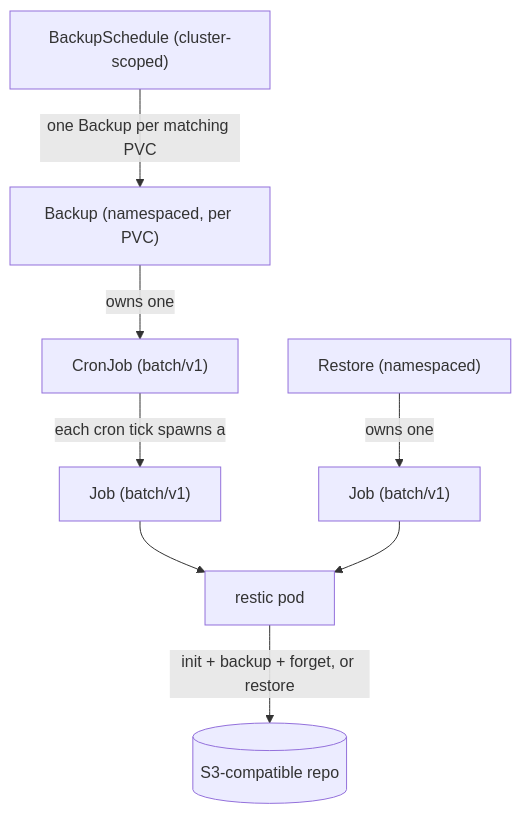
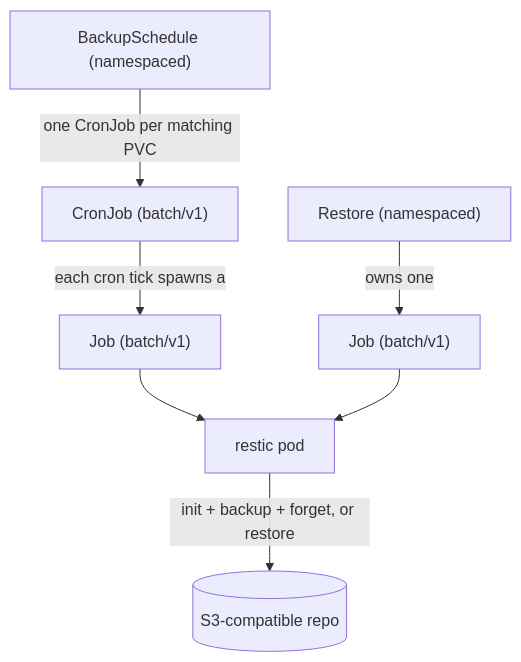
One commit to k0rventen/secchio changed the diagram in README.md. Above: the diagram before and after it, drawn with Mermaid. The commit also changed other lines of this file and 4 other files, not shown here.

````diff
--- a/README.md
+++ b/README.md
@@ -42,19 +42,17 @@
 ```mermaid
 flowchart TD
-    BS["BackupSchedule (cluster-scoped)"]
-    BK["Backup (namespaced, per PVC)"]
+    BS["BackupSchedule (namespaced)"]
     RT["Restore (namespaced)"]
 
     CJ["CronJob (batch/v1)"]
     JOB["Job (batch/v1)"]
     POD["restic pod"]
     S3[("S3-compatible repo")]
 
-    BS -->|"one Backup per matching PVC"| BK
-    BK -->|"owns one"| CJ
+    BS -->|"one CronJob per matching PVC"| CJ
     CJ -->|"each cron tick spawns a"| JOB
     JOB --> POD
     RT -->|"owns one"| JOB2["Job (batch/v1)"]
     JOB2 --> POD
     POD -->|"init + backup + forget, or restore"| S3
 ```
````
